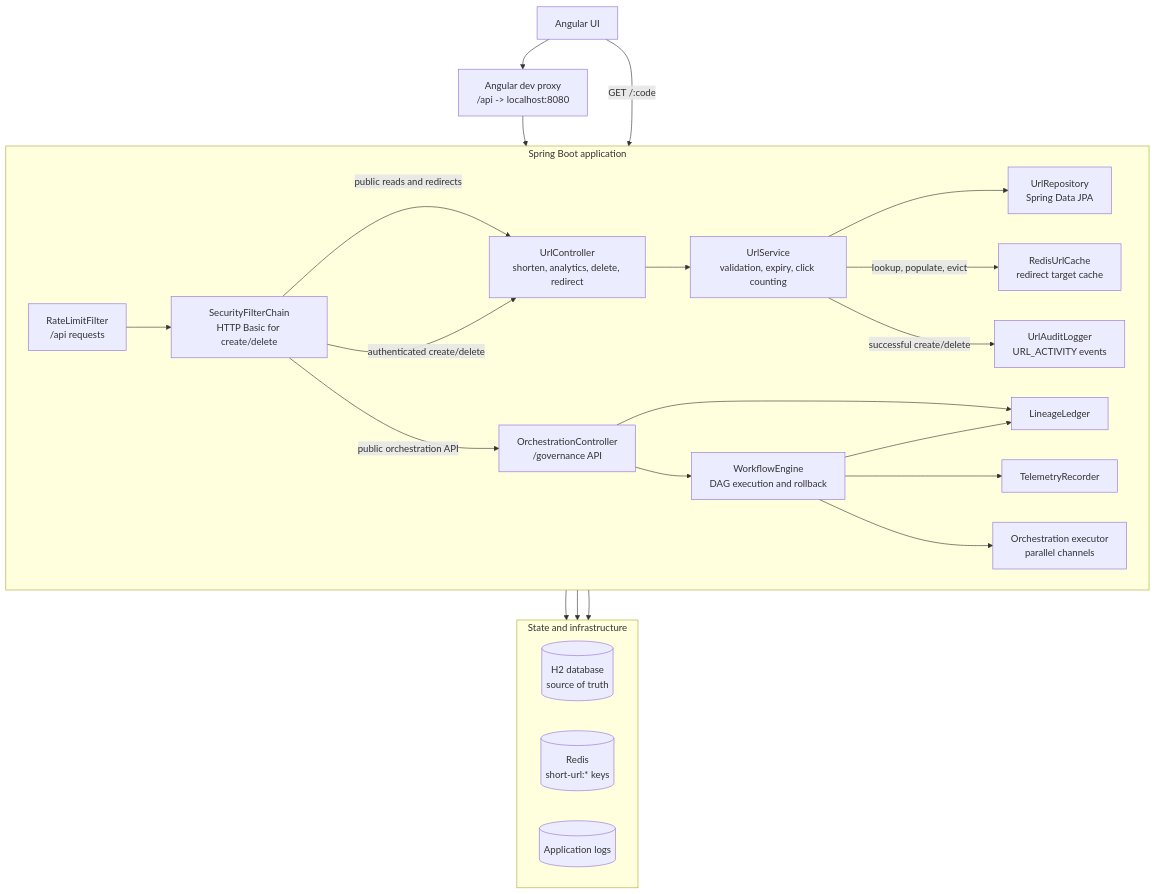
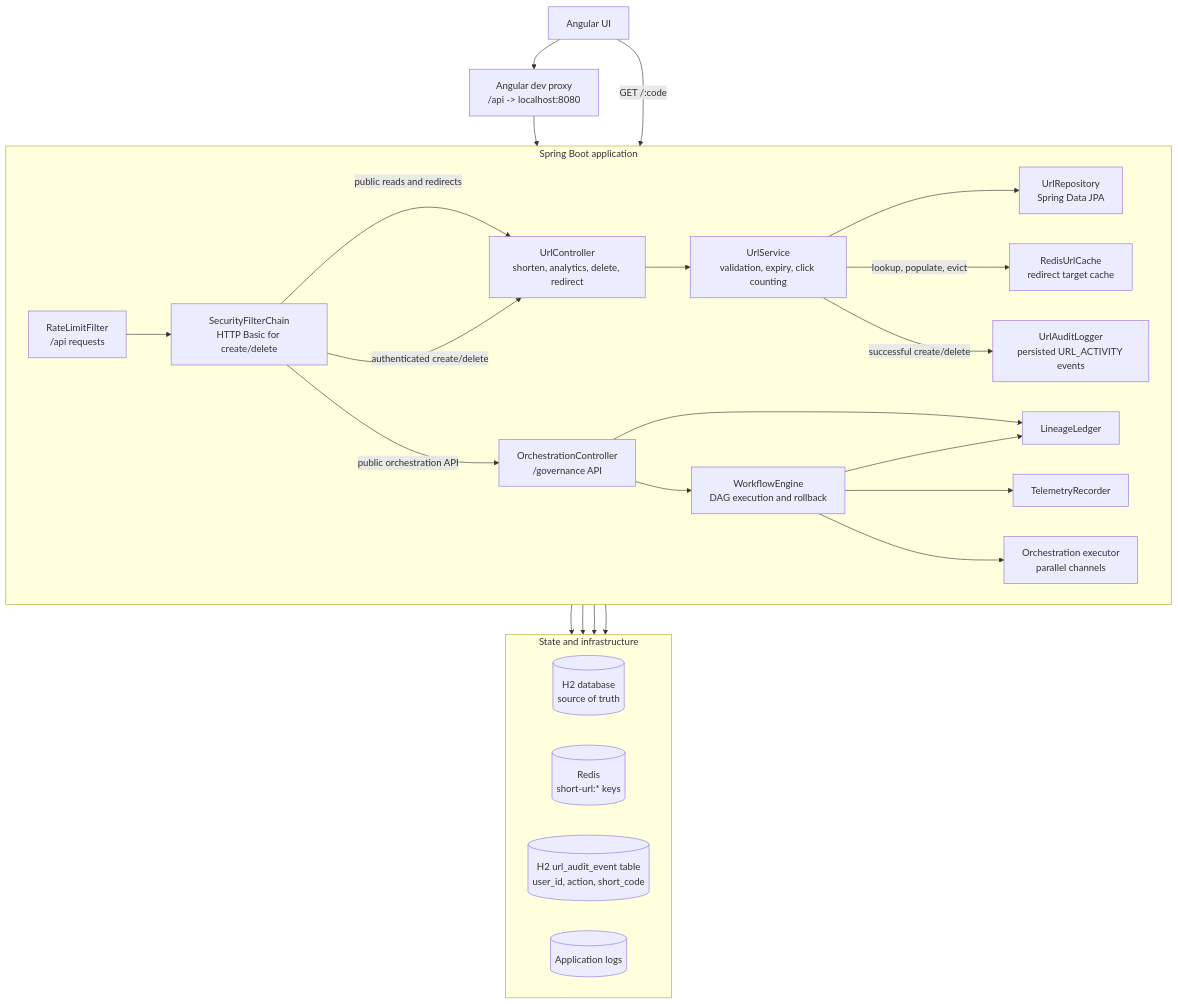
The diagram in url-shortener/README.md (sbaranga/AI_UrlShortener), drawn with Mermaid before and after one commit. The commit also changed other lines of this file and 6 other files, not shown here.

Commit message:
storing audit events in table

````diff
--- a/url-shortener/README.md
+++ b/url-shortener/README.md
@@ -21,50 +21,52 @@
 ```mermaid
 flowchart TB
   browser[Angular UI]
   proxy[Angular dev proxy<br/>/api -> localhost:8080]
 
   subgraph app[Spring Boot application]
     direction LR
     limiter[RateLimitFilter<br/>/api requests]
     security[SecurityFilterChain<br/>HTTP Basic for create/delete]
     urlController[UrlController<br/>shorten, analytics, delete, redirect]
     orchestrationController[OrchestrationController<br/>/governance API]
     urlService[UrlService<br/>validation, expiry, click counting]
     workflow[WorkflowEngine<br/>DAG execution and rollback]
     repository[UrlRepository<br/>Spring Data JPA]
     cache[RedisUrlCache<br/>redirect target cache]
-    audit[UrlAuditLogger<br/>URL_ACTIVITY events]
+    audit[UrlAuditLogger<br/>persisted URL_ACTIVITY events]
     ledger[LineageLedger]
     telemetry[TelemetryRecorder]
     executor[Orchestration executor<br/>parallel channels]
   end
 
   subgraph data[State and infrastructure]
     direction LR
     h2[(H2 database<br/>source of truth)]
     redis[(Redis<br/>short-url:* keys)]
+    auditTable[(H2 url_audit_event table<br/>user_id, action, short_code)]
     logs[(Application logs)]
   end
 
   browser --> proxy
   proxy --> limiter
   limiter --> security
   browser -->|GET /:code| urlController
   security -->|public reads and redirects| urlController
   security -->|authenticated create/delete| urlController
   security -->|public orchestration API| orchestrationController
 
   urlController --> urlService
   urlService --> repository
   repository --> h2
   urlService -->|lookup, populate, evict| cache
   cache --> redis
   urlService -->|successful create/delete| audit
+  audit --> auditTable
   audit --> logs
 
   orchestrationController --> workflow
   orchestrationController --> ledger
   workflow --> ledger
   workflow --> telemetry
   workflow --> executor
 ```
````
